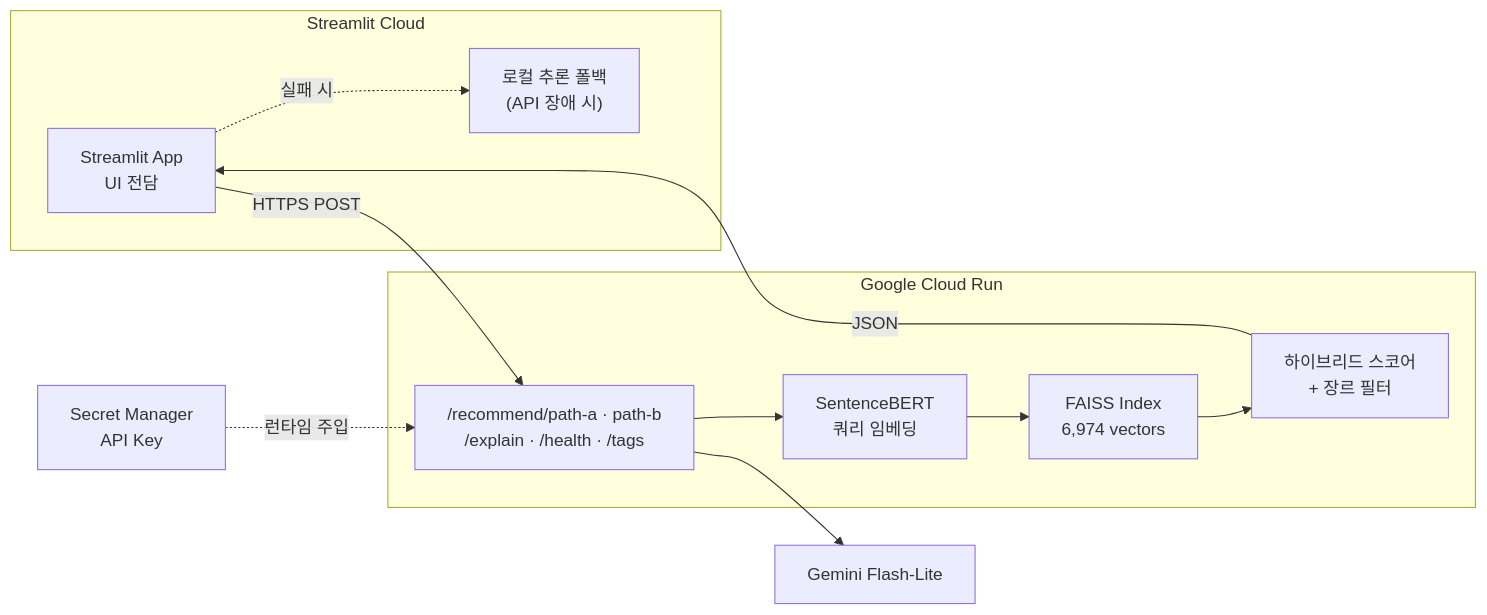
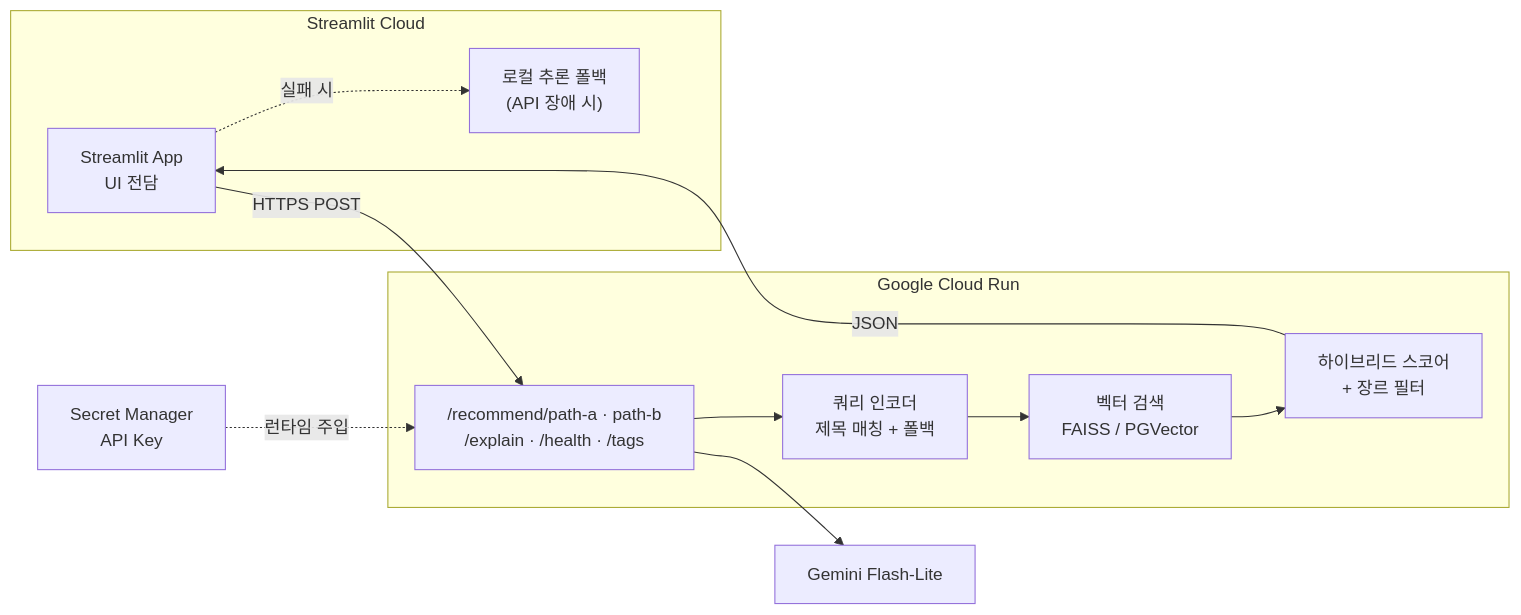
The first of 3 diagrams in README.md (pssjun/korean-book-recommender), drawn with Mermaid before and after one commit. The commit also changed other lines of this file, not shown here.

First line of the commit message:
Enhance README with PGVector details and fixes

````diff
--- a/README.md
+++ b/README.md
@@ -162,24 +182,24 @@
 ```mermaid
 flowchart LR
     subgraph FE["Streamlit Cloud"]
         ST["Streamlit App<br/>UI 전담"]
         LF["로컬 추론 폴백<br/>(API 장애 시)"]
     end
 
     subgraph GCP["Google Cloud Run"]
         EP["/recommend/path-a · path-b<br/>/explain · /health · /tags"]
-        SB["SentenceBERT<br/>쿼리 임베딩"]
-        FS["FAISS Index<br/>6,974 vectors"]
+        QE["쿼리 인코더<br/>제목 매칭 + 폴백"]
+        VS["벡터 검색<br/>FAISS / PGVector"]
         HB["하이브리드 스코어<br/>+ 장르 필터"]
     end
 
     SM["Secret Manager<br/>API Key"]
     LLM["Gemini Flash-Lite"]
 
     ST -->|HTTPS POST| EP
     ST -.->|실패 시| LF
-    EP --> SB --> FS --> HB
+    EP --> QE --> VS --> HB
     HB -->|JSON| ST
     EP --> LLM
     SM -.->|런타임 주입| EP
 ```
````
